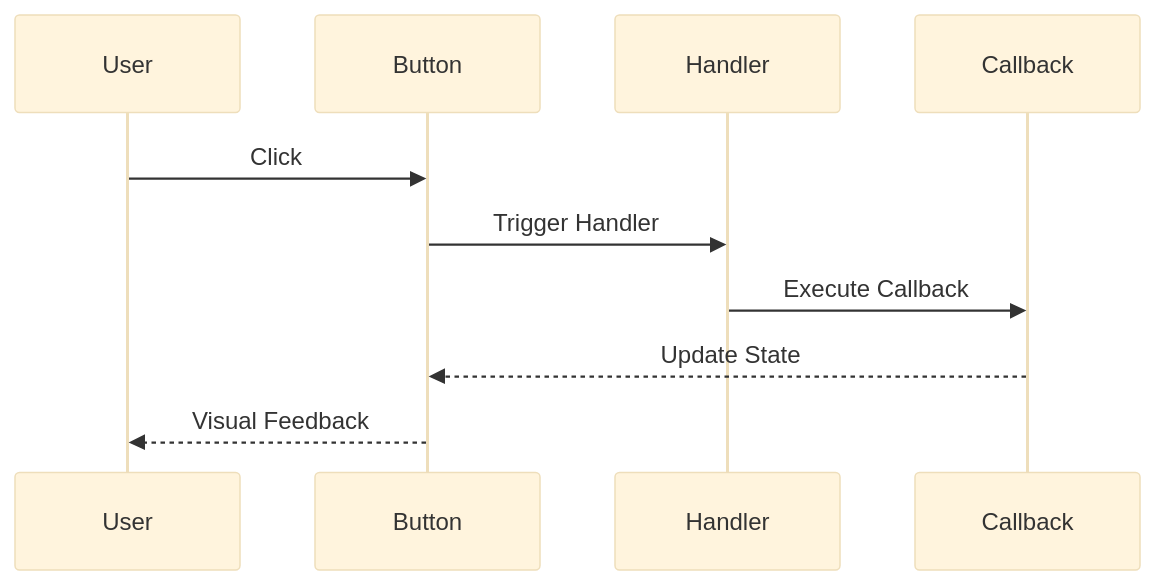
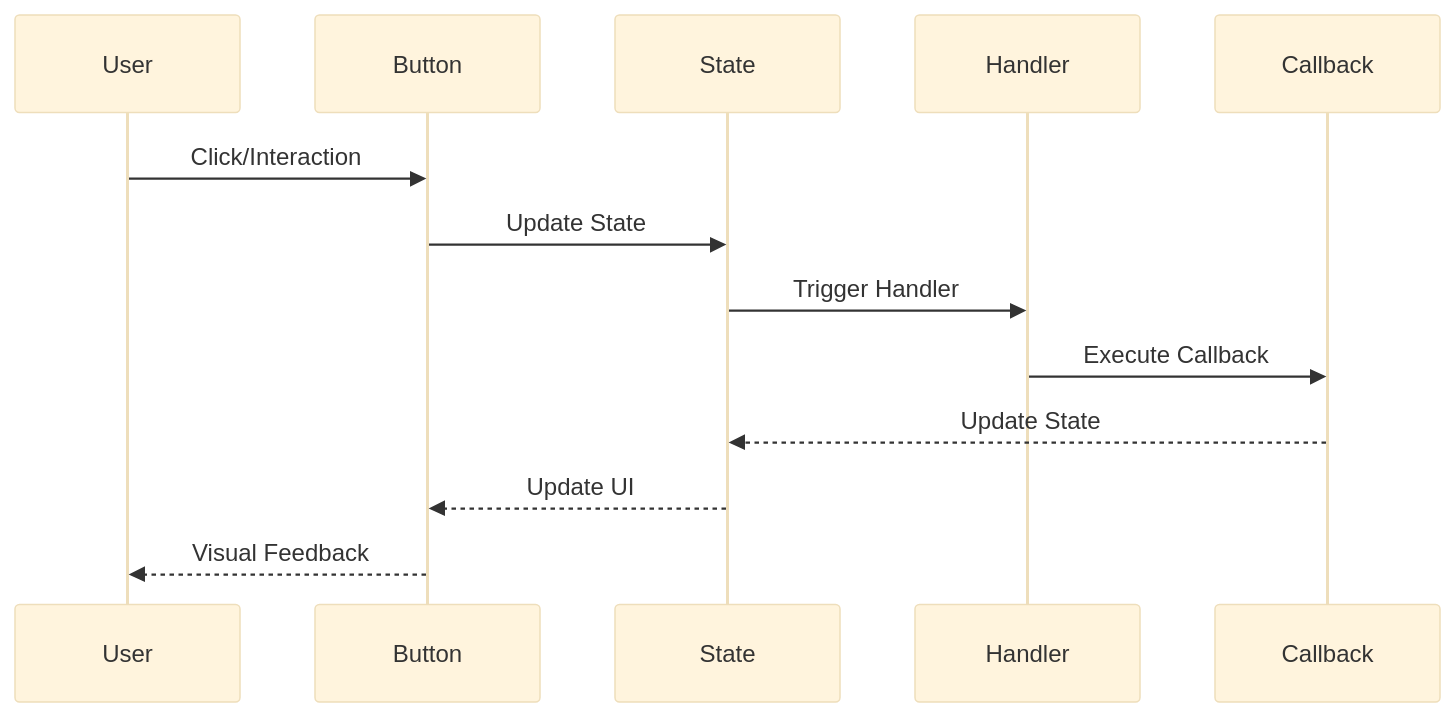
Before and after one commit to gedeza/thrive-send: the second of 3 diagrams in DOCS/components/ui/Button.md, drawn with Mermaid (base theme). The commit also changed other lines of this file and 25 other files, not shown here.

````diff
--- a/DOCS/components/ui/Button.md
+++ b/DOCS/components/ui/Button.md
@@ -23,13 +43,16 @@
 ```mermaid
 sequenceDiagram
     participant U as User
     participant B as Button
+    participant S as State
     participant H as Handler
     participant C as Callback
     
-    U->>B: Click
-    B->>H: Trigger Handler
+    U->>B: Click/Interaction
+    B->>S: Update State
+    S->>H: Trigger Handler
     H->>C: Execute Callback
-    C-->>B: Update State
+    C-->>S: Update State
+    S-->>B: Update UI
     B-->>U: Visual Feedback
 ```
````
